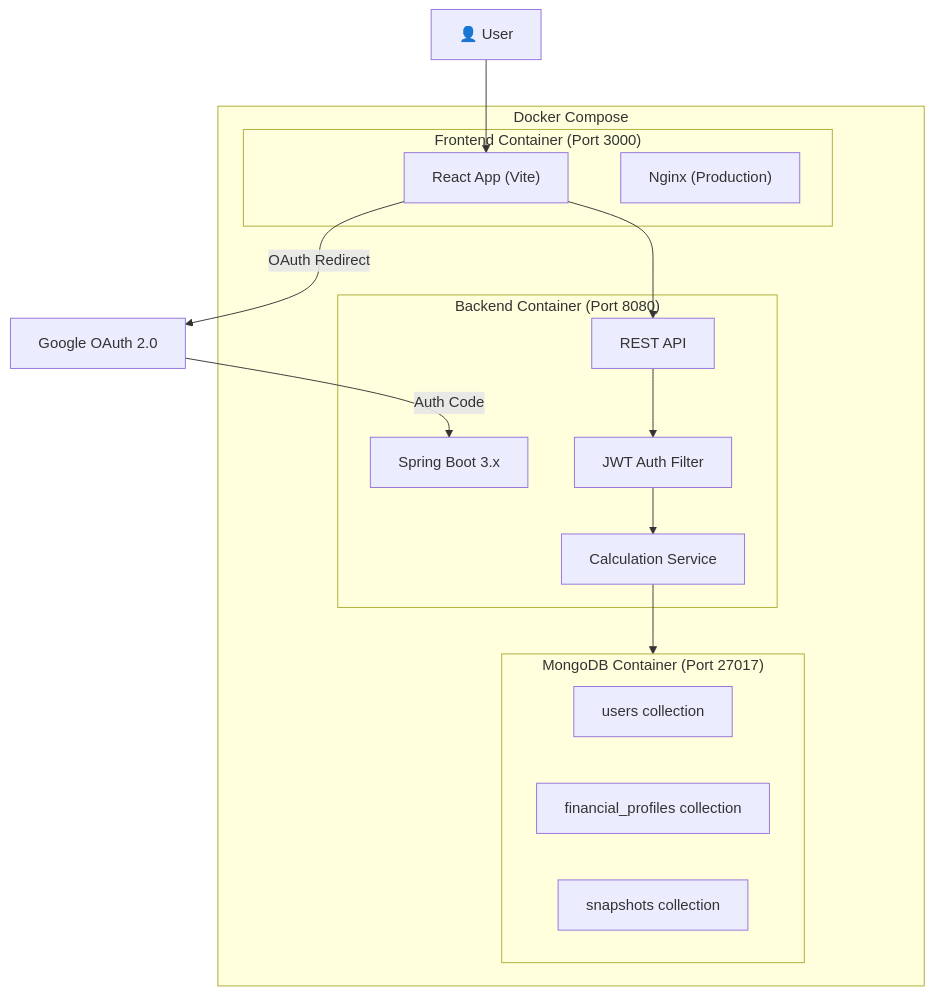
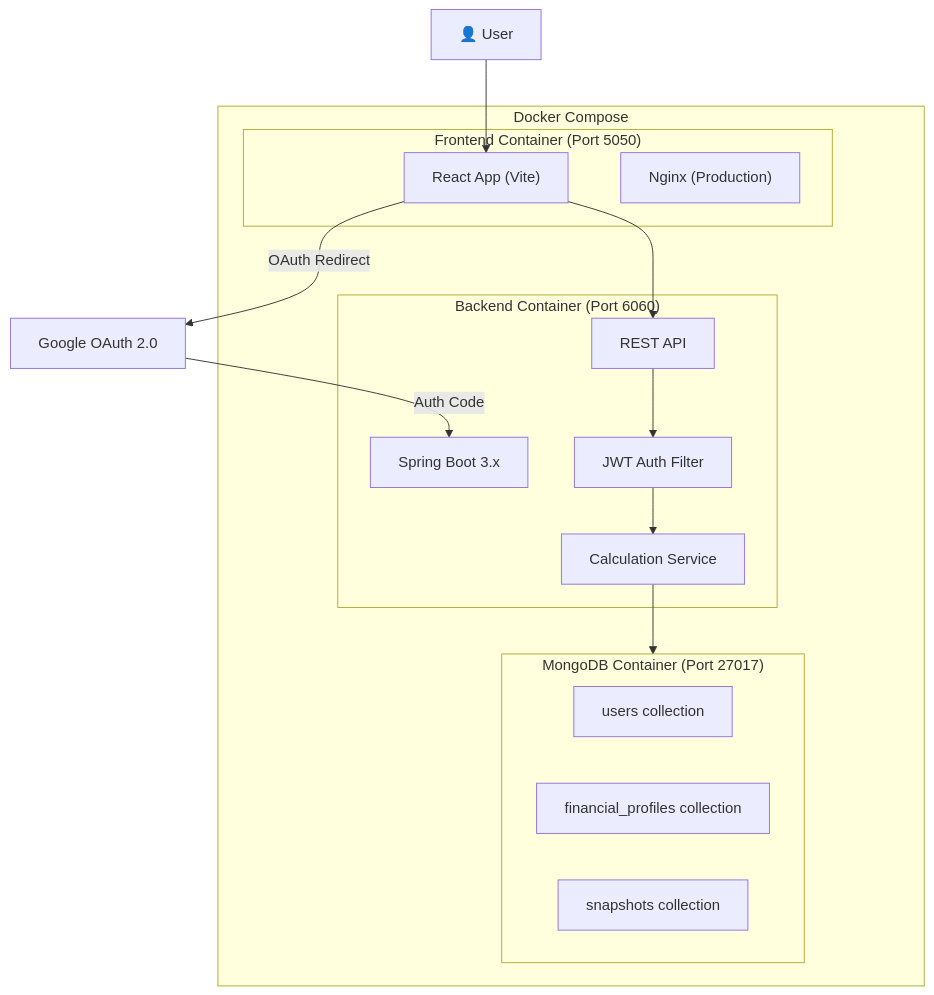
Before and after one commit to jayy2kok/networth: the first of 2 diagrams in docs/architecture.md, drawn with Mermaid. The commit also changed other lines of this file and 6 other files, not shown here.

````diff
--- a/docs/architecture.md
+++ b/docs/architecture.md
@@ -40,30 +40,30 @@
 ```mermaid
 graph TB
     subgraph Docker Compose
-        subgraph Frontend["Frontend Container (Port 3000)"]
+        subgraph Frontend["Frontend Container (Port 5050)"]
             React["React App (Vite)"]
             Nginx["Nginx (Production)"]
         end
 
-        subgraph Backend["Backend Container (Port 8080)"]
+        subgraph Backend["Backend Container (Port 6060)"]
             Spring["Spring Boot 3.x"]
             JWT["JWT Auth Filter"]
             REST["REST API"]
             CalcService["Calculation Service"]
         end
 
         subgraph DB["MongoDB Container (Port 27017)"]
             Users["users collection"]
             Profiles["financial_profiles collection"]
             Snapshots["snapshots collection"]
         end
     end
 
     User["👤 User"] --> React
     React --> REST
     REST --> JWT
     JWT --> CalcService
     CalcService --> DB
     React -->|"OAuth Redirect"| Google["Google OAuth 2.0"]
     Google -->|"Auth Code"| Spring
 ```
````
